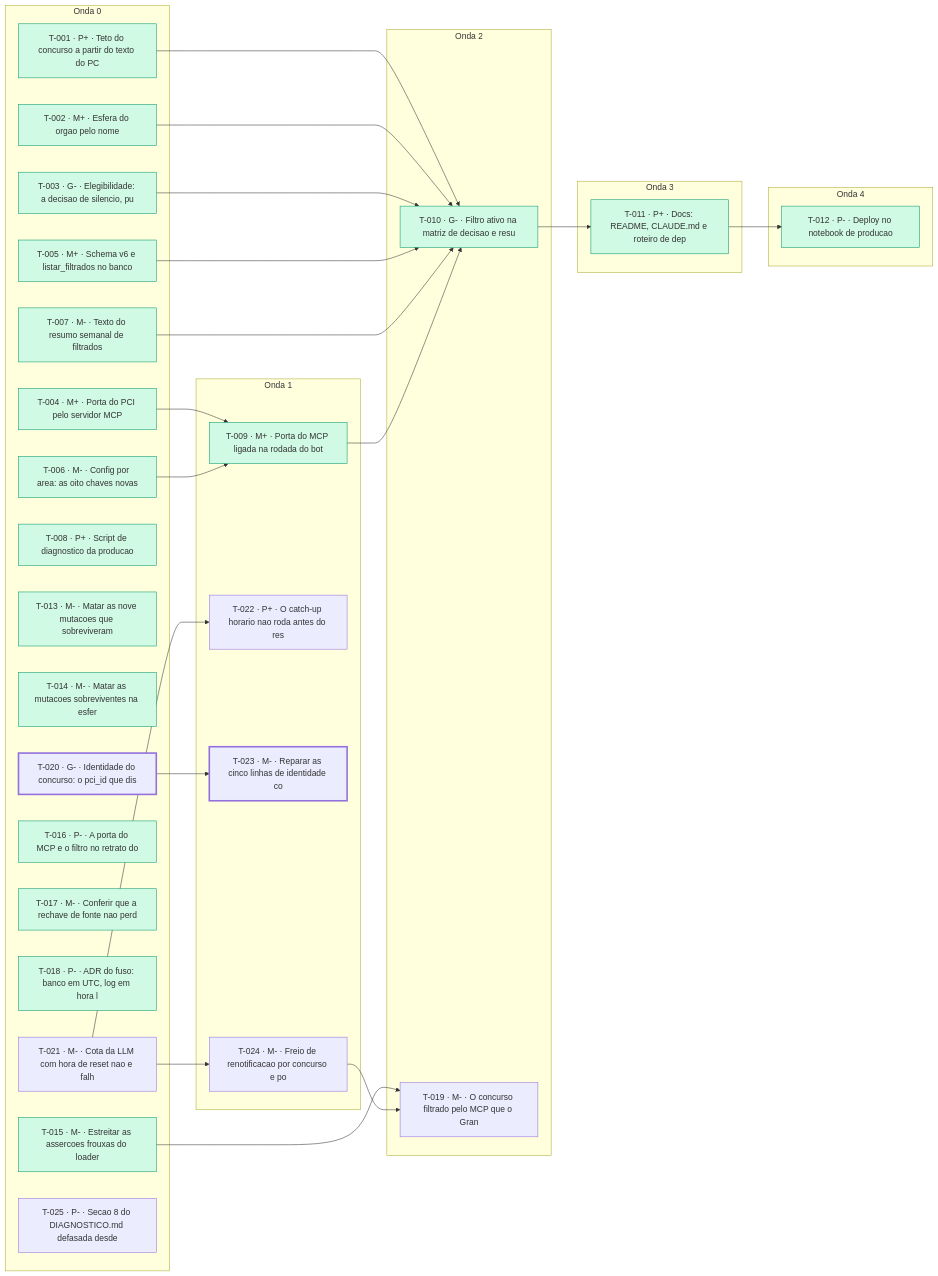
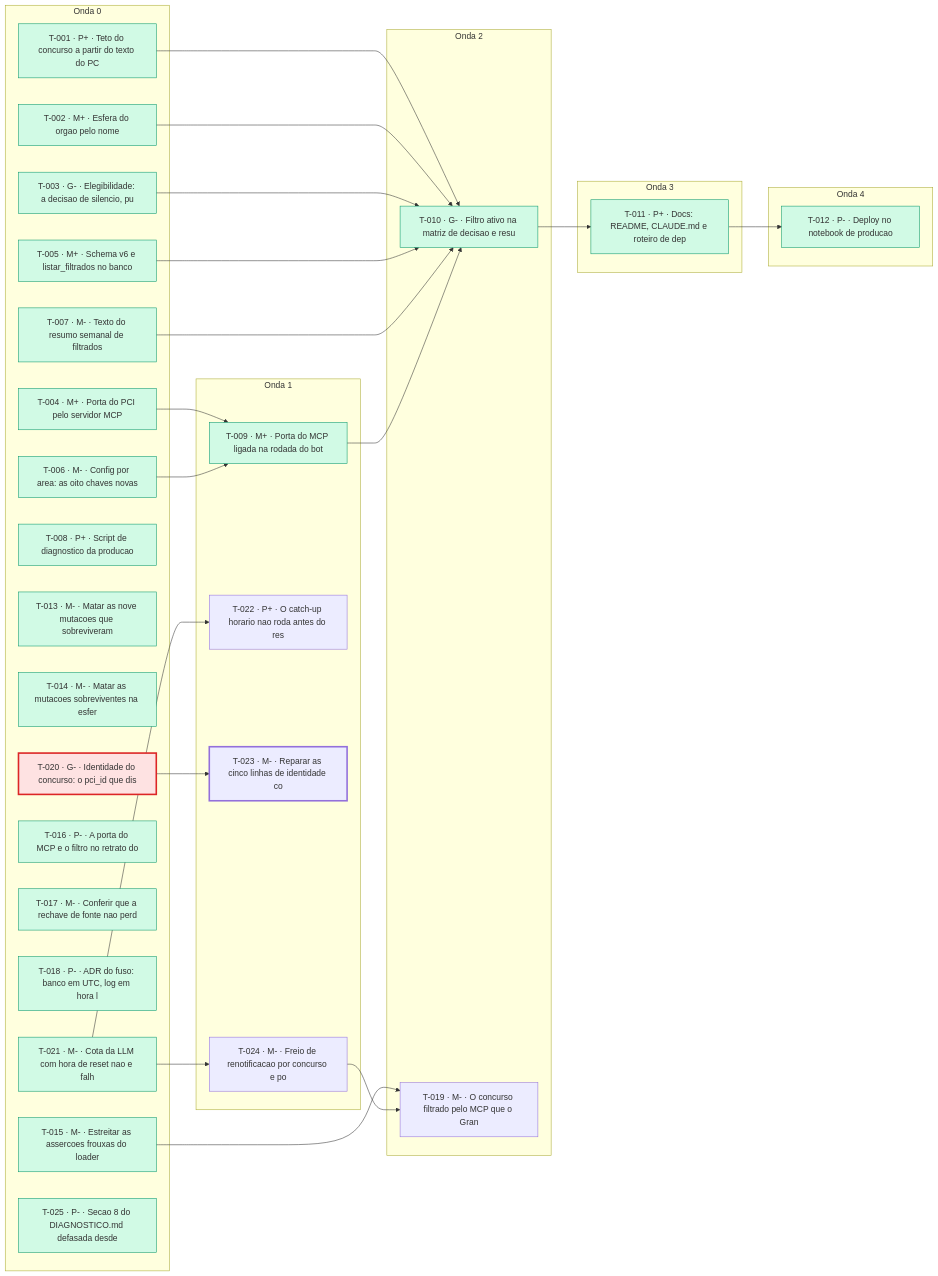
Before and after one commit to lucasmsorrentino/monitor_concursos_ti: the diagram in kanban/MAPA.md, drawn with Mermaid. The commit also changed other lines of this file and 13 other files, not shown here.

````diff
--- a/kanban/MAPA.md
+++ b/kanban/MAPA.md
@@ -84,57 +84,59 @@
 ```mermaid
 graph LR
   subgraph O0["Onda 0"]
     T001["T-001 · P+ · Teto do concurso a partir do texto do PC"]
     T002["T-002 · M+ · Esfera do orgao pelo nome"]
     T003["T-003 · G- · Elegibilidade: a decisao de silencio, pu"]
     T004["T-004 · M+ · Porta do PCI pelo servidor MCP"]
     T005["T-005 · M+ · Schema v6 e listar_filtrados no banco"]
     T006["T-006 · M- · Config por area: as oito chaves novas"]
     T007["T-007 · M- · Texto do resumo semanal de filtrados"]
     T008["T-008 · P+ · Script de diagnostico da producao"]
     T013["T-013 · M- · Matar as nove mutacoes que sobreviveram "]
     T014["T-014 · M- · Matar as mutacoes sobreviventes na esfer"]
     T015["T-015 · M- · Estreitar as assercoes frouxas do loader"]
     T016["T-016 · P- · A porta do MCP e o filtro no retrato do "]
     T017["T-017 · M- · Conferir que a rechave de fonte nao perd"]
     T018["T-018 · P- · ADR do fuso: banco em UTC, log em hora l"]
     T020["T-020 · G- · Identidade do concurso: o pci_id que dis"]
     T021["T-021 · M- · Cota da LLM com hora de reset nao e falh"]
     T025["T-025 · P- · Secao 8 do DIAGNOSTICO.md defasada desde"]
   end
   subgraph O1["Onda 1"]
     T009["T-009 · M+ · Porta do MCP ligada na rodada do bot"]
     T022["T-022 · P+ · O catch-up horario nao roda antes do res"]
     T023["T-023 · M- · Reparar as cinco linhas de identidade co"]
     T024["T-024 · M- · Freio de renotificacao por concurso e po"]
   end
   subgraph O2["Onda 2"]
     T010["T-010 · G- · Filtro ativo na matriz de decisao e resu"]
     T019["T-019 · M- · O concurso filtrado pelo MCP que o Gran "]
   end
   subgraph O3["Onda 3"]
     T011["T-011 · P+ · Docs: README, CLAUDE.md e roteiro de dep"]
   end
   subgraph O4["Onda 4"]
     T012["T-012 · P- · Deploy no notebook de producao"]
   end
   T004 --> T009
   T006 --> T009
   T001 --> T010
   T002 --> T010
   T003 --> T010
   T005 --> T010
   T007 --> T010
   T009 --> T010
   T010 --> T011
   T011 --> T012
   T015 --> T019
   T024 --> T019
   T021 --> T022
   T020 --> T023
   T021 --> T024
   classDef integrado fill:#d1fae5,stroke:#059669
-  class T001,T002,T003,T004,T005,T006,T007,T008,T009,T010,T011,T012,T013,T014,T015,T016,T017,T018 integrado
+  class T001,T002,T003,T004,T005,T006,T007,T008,T009,T010,T011,T012,T013,T014,T015,T016,T017,T018,T021,T025 integrado
+  classDef bloqueado fill:#fee2e2,stroke:#dc2626
+  class T020 bloqueado
   classDef critico stroke-width:3px
   class T020,T023 critico
 ```
````
